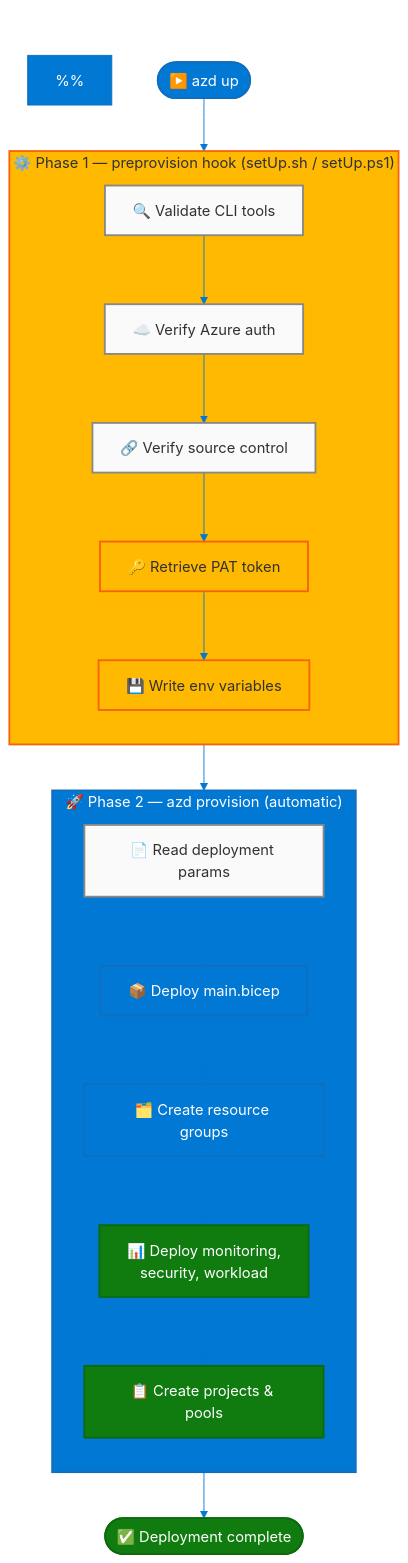
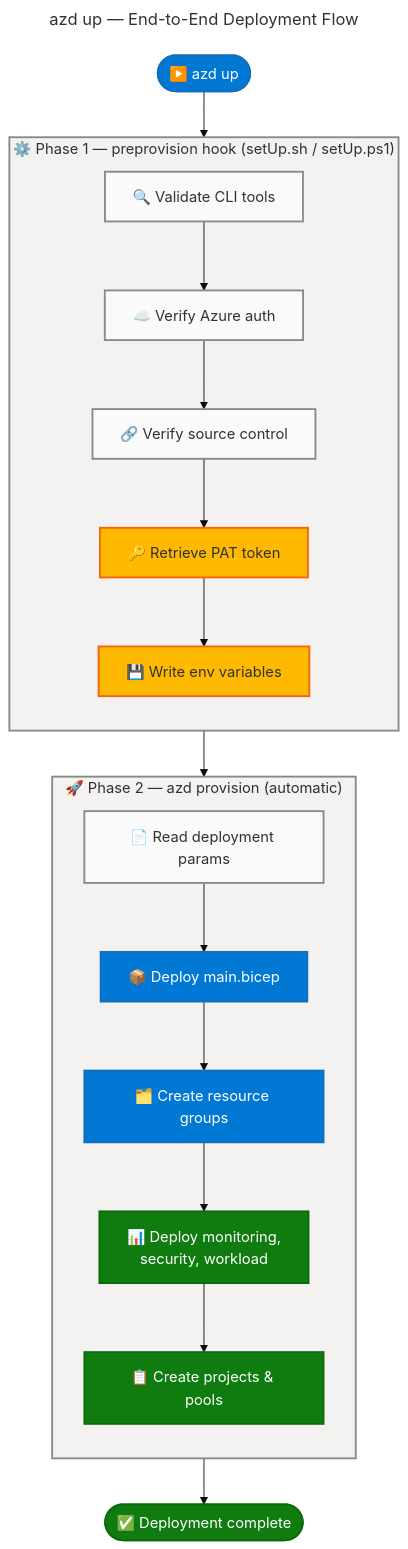
One commit to Evilazaro/DevExp-DevBox changed the second of 2 diagrams in README.md. Above: the diagram before and after it, drawn with Mermaid. The commit also changed other lines of this file, not shown here.

Commit message:
docs: simplify flowchart configuration by removing redundant properties and standardizing styling for improved clarity

````diff
--- a/README.md
+++ b/README.md
@@ -263,80 +248,69 @@
 ```mermaid
 ---
 title: "azd up — End-to-End Deployment Flow"
 config:
   theme: base
   look: classic
   layout: dagre
-  flowchart:
-    htmlLabels: true
-    curve: cardinal
   themeVariables:
     fontSize: '16px'
-    primaryColor: '#0078D4'
-    primaryBorderColor: '#106EBE'
-    primaryTextColor: '#FFFFFF'
-    lineColor: '#0078D4'
 ---
 flowchart TB
     accTitle: azd up — End-to-End Deployment Flow
     accDescr: Shows the two-phase deployment process — preprovision setup followed by Bicep infrastructure provisioning
 
     %% ═══════════════════════════════════════════════════════════════════════════
     %% AZURE / FLUENT ARCHITECTURE PATTERN v1.1
     %% (Semantic + Structural + Font + Accessibility Governance)
     %% ═══════════════════════════════════════════════════════════════════════════
     %% PHASE 1 - STRUCTURAL: Direction explicit, flat topology, nesting ≤ 3
     %% PHASE 2 - SEMANTIC: Colors justified, max 5 semantic classes, neutral-first
     %% PHASE 3 - FONT: Dark text on light backgrounds, contrast ≥ 4.5:1
     %% PHASE 4 - ACCESSIBILITY: accTitle/accDescr present, icons on all nodes
     %% PHASE 5 - STANDARD: Governance block present, classDefs centralized
     %% ═══════════════════════════════════════════════════════════════════════════
 
     %% COLOR DOCUMENTATION
     %% neutral (#FAFAFA) — Validation and read operations
     %% core (#0078D4) — Entry/exit and deployment operations (azd up, Bicep deploy)
     %% success (#107C10) — Completed deployment stages
     %% warning (#FFB900) — Security-sensitive operations (PAT, secrets)
-    %%
-    %% SUBGRAPH SEMANTIC COLORS (Step 3a — functional siblings)
-    %% phase1 (#FFB900) — Setup/security operations (PAT retrieval, auth)
-    %% phase2 (#0078D4) — Core deployment operations (Bicep, provisioning)
 
     start(["▶️ azd up"]):::core --> phase1
 
     subgraph phase1["⚙️ Phase 1 — preprovision hook (setUp.sh / setUp.ps1)"]
         direction TB
         step1["🔍 Validate CLI tools"]:::neutral
         step2["☁️ Verify Azure auth"]:::neutral
         step3["🔗 Verify source control"]:::neutral
         step4["🔑 Retrieve PAT token"]:::warning
         step5["💾 Write env variables"]:::warning
 
         step1 --> step2 --> step3 --> step4 --> step5
     end
 
     phase1 --> phase2
 
     subgraph phase2["🚀 Phase 2 — azd provision (automatic)"]
         direction TB
         prov1["📄 Read deployment params"]:::neutral
         prov2["📦 Deploy main.bicep"]:::core
         prov3["🗂️ Create resource groups"]:::core
         prov4["📊 Deploy monitoring,<br>security, workload"]:::success
         prov5["📋 Create projects #amp; pools"]:::success
 
         prov1 --> prov2 --> prov3 --> prov4 --> prov5
     end
 
     prov5 --> done(["✅ Deployment complete"]):::success
 
-    %% SUBGRAPH STYLING — semantic fills for functional siblings (2 subgraphs = 2 style directives)
-    style phase1 fill:#FFB900,stroke:#F7630C,stroke-width:2px,color:#323130
-    style phase2 fill:#0078D4,stroke:#106EBE,stroke-width:2px,color:#FFFFFF
+    %% SUBGRAPH STYLING — neutral surfaces for all containers
+    style phase1 fill:#F3F2F1,stroke:#8A8886,stroke-width:2px,color:#323130
+    style phase2 fill:#F3F2F1,stroke:#8A8886,stroke-width:2px,color:#323130
 
     %% Centralized classDef palette (canonical — neutral-first, 3 semantic + neutral)
     classDef neutral fill:#FAFAFA,stroke:#8A8886,stroke-width:2px,color:#323130
     classDef core fill:#0078D4,stroke:#106EBE,stroke-width:2px,color:#FFFFFF
     classDef success fill:#107C10,stroke:#0B6A0B,stroke-width:2px,color:#FFFFFF
     classDef warning fill:#FFB900,stroke:#F7630C,stroke-width:2px,color:#323130
 ```
````
